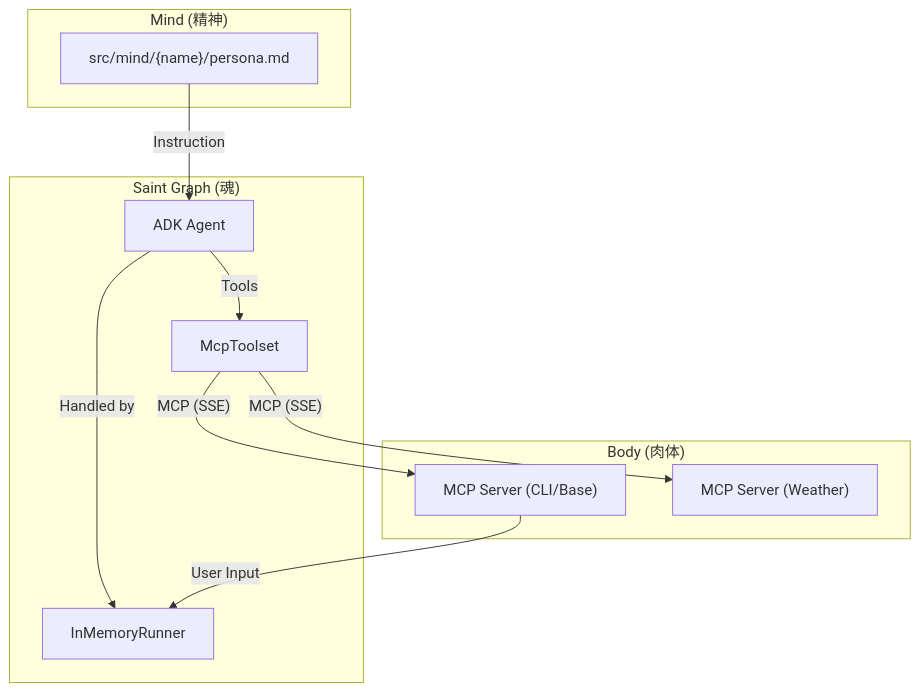
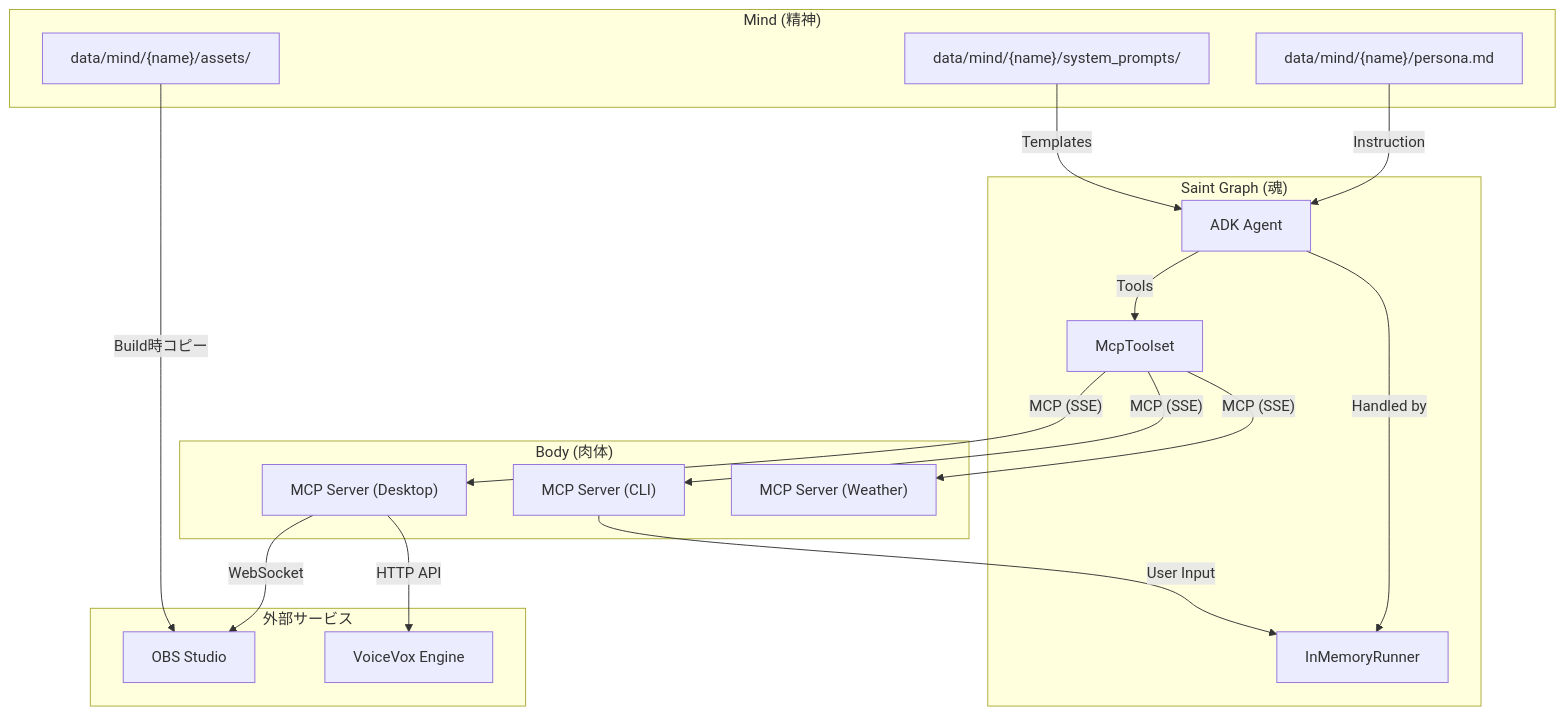
Before and after one commit to koduki/ai-tuber: the diagram in docs/ARCHITECTURE.md, drawn with Mermaid. The commit also changed other lines of this file and 5 other files, not shown here.

````diff
--- a/docs/ARCHITECTURE.md
+++ b/docs/ARCHITECTURE.md
@@ -9,24 +9,39 @@
 ```mermaid
 graph TD
   subgraph Mind ["Mind (精神)"]
-    Persona["src/mind/{name}/persona.md"]
+    Persona["data/mind/{name}/persona.md"]
+    Prompts["data/mind/{name}/system_prompts/"]
+    Assets["data/mind/{name}/assets/"]
   end
 
   subgraph SaintGraph ["Saint Graph (魂)"]
     Agent["ADK Agent"]
     Runner["InMemoryRunner"]
     Toolset["McpToolset"]
   end
 
-  subgraph Body ["Body (肉体)"]
-    ServerCLI["MCP Server (CLI/Base)"]
+  subgraph BodyServices ["Body (肉体)"]
+    ServerDesktop["MCP Server (Desktop)"]
+    ServerCLI["MCP Server (CLI)"]
     ServerWeather["MCP Server (Weather)"]
+  end
+  
+  subgraph ExternalServices ["外部サービス"]
+    OBS["OBS Studio"]
+    VoiceVox["VoiceVox Engine"]
   end
 
   Persona -- "Instruction" --> Agent
+  Prompts -- "Templates" --> Agent
   Agent -- "Handled by" --> Runner
   Agent -- "Tools" --> Toolset
+  Toolset -- "MCP (SSE)" --> ServerDesktop
   Toolset -- "MCP (SSE)" --> ServerCLI
   Toolset -- "MCP (SSE)" --> ServerWeather
+  
+  ServerDesktop -- "HTTP API" --> VoiceVox
+  ServerDesktop -- "WebSocket" --> OBS
+  Assets -- "Build時コピー" --> OBS
+  
   ServerCLI -- "User Input" --> Runner
 ```
````
